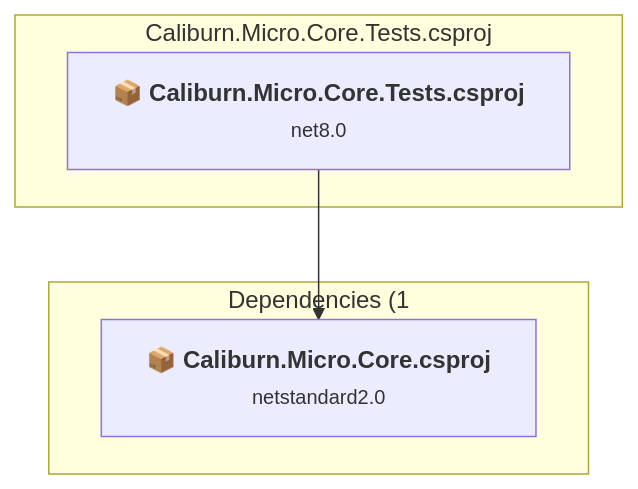
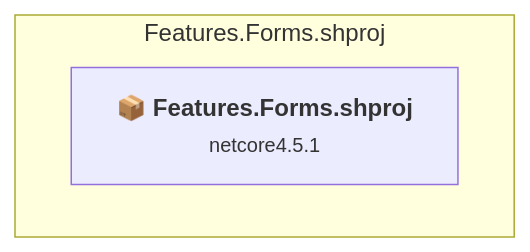
The fourth of 8 diagrams in .github/upgrades/scenarios/dotnet-version-upgrade/assessment.md (gerfen/Caliburn.Micro), drawn with Mermaid before and after one commit. The commit also changed other lines of this file and 16 other files, not shown here.

````diff
--- a/.github/upgrades/scenarios/dotnet-version-upgrade/assessment.md
+++ b/.github/upgrades/scenarios/dotnet-version-upgrade/assessment.md
@@ -359,13 +257,8 @@
 ```mermaid
 flowchart TB
-    subgraph current["Caliburn.Micro.Core.Tests.csproj"]
-        MAIN["<b>📦&nbsp;Caliburn.Micro.Core.Tests.csproj</b><br/><small>net8.0</small>"]
-        click MAIN "#caliburnmicrocoretestscaliburnmicrocoretestscsproj"
+    subgraph current["Features.Forms.shproj"]
+        MAIN["<b>📦&nbsp;Features.Forms.shproj</b><br/><small>netcore4.5.1</small>"]
+        click MAIN "#featuresformsfeaturesformsfeaturesformsshproj"
     end
-    subgraph downstream["Dependencies (1"]
-        P1["<b>📦&nbsp;Caliburn.Micro.Core.csproj</b><br/><small>netstandard2.0</small>"]
-        click P1 "#caliburnmicrocorecaliburnmicrocorecsproj"
-    end
-    MAIN --> P1
 
 ```
````
